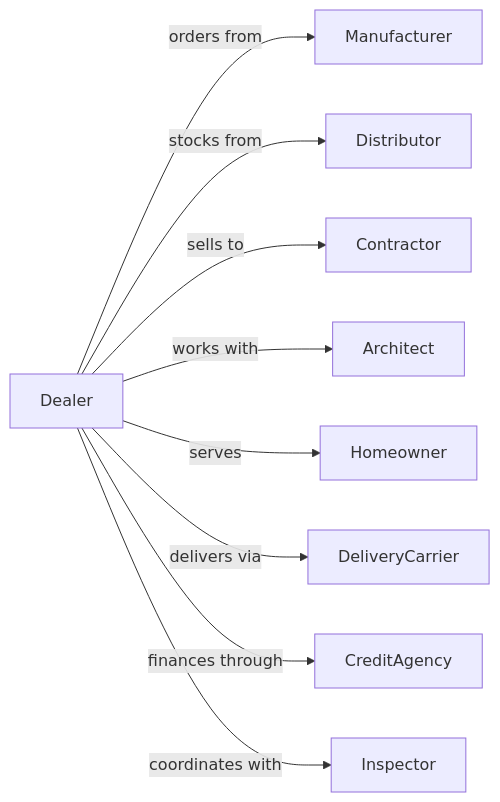
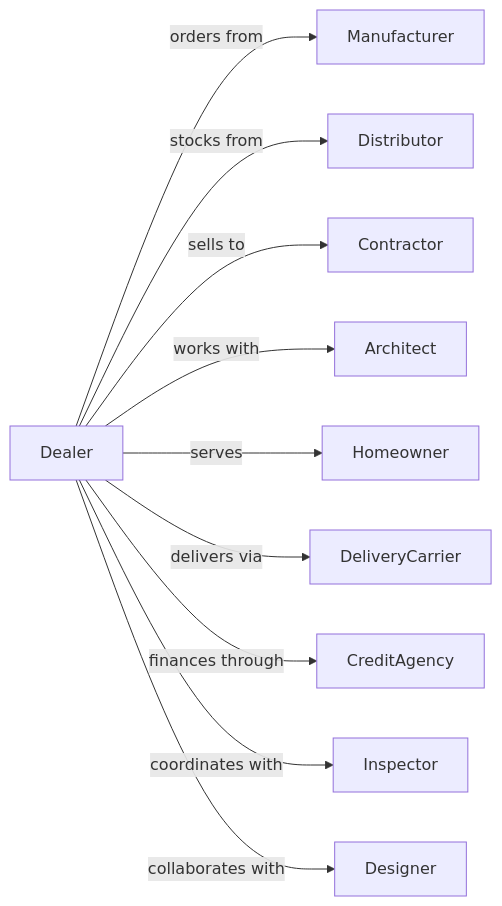
Before and after one commit to dot-org-ai/industries.org.ai: the second of 2 diagrams in RetailTrade/BuildingMaterialAndGardenEquipmentAndSuppliesDealers/BuildingMaterialAndSuppliesDealers/OtherBuildingMaterialDealers.mdx, drawn with Mermaid. The commit also changed 588 other files, not shown here.

````diff
--- a/RetailTrade/BuildingMaterialAndGardenEquipmentAndSuppliesDealers/BuildingMaterialAndSuppliesDealers/OtherBuildingMaterialDealers.mdx
+++ b/RetailTrade/BuildingMaterialAndGardenEquipmentAndSuppliesDealers/BuildingMaterialAndSuppliesDealers/OtherBuildingMaterialDealers.mdx
@@ -131,13 +131,14 @@
 ```mermaid
 graph LR
     D[Dealer]
 
     D -->|orders from| Manufacturer
     D -->|stocks from| Distributor
     D -->|sells to| Contractor
     D -->|works with| Architect
     D -->|serves| Homeowner
     D -->|delivers via| DeliveryCarrier
     D -->|finances through| CreditAgency
     D -->|coordinates with| Inspector
+    D -->|collaborates with| Designer
 ```
````
